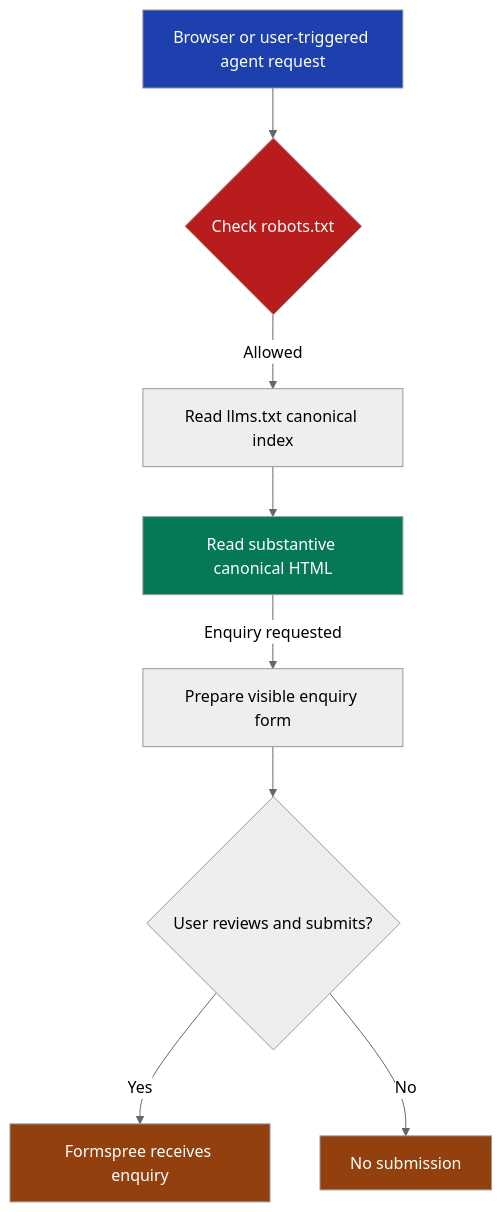
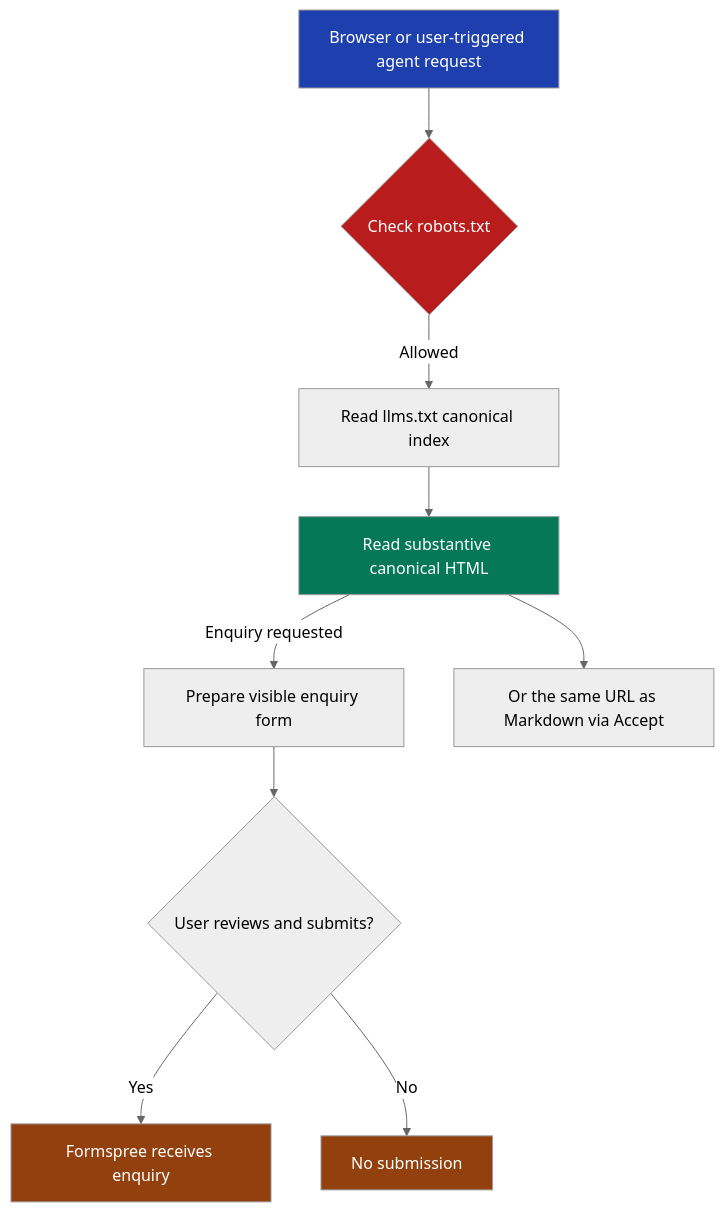
One commit to Culpable/fintrace-root changed the diagram in documents/guides/agent_readiness.md. Above: the diagram before and after it, drawn with Mermaid (neutral theme). The commit also changed other lines of this file and 5 other files, not shown here.

````diff
--- a/documents/guides/agent_readiness.md
+++ b/documents/guides/agent_readiness.md
@@ -56,25 +74,26 @@
 ```mermaid
 flowchart TD
     request["Browser or user-triggered agent request"]
     robots{"Check robots.txt"}
     llms["Read llms.txt canonical index"]
     html["Read substantive canonical HTML"]
     form["Prepare visible enquiry form"]
     review{"User reviews and submits?"}
     formspree["Formspree receives enquiry"]
     stop["No submission"]
 
     request --> robots
     robots -->|"Allowed"| llms
     llms --> html
+    html --> markdown["Or the same URL as Markdown via Accept"]
     html -->|"Enquiry requested"| form
     form --> review
     review -->|"Yes"| formspree
     review -->|"No"| stop
 
     style request fill:#1e40af,color:#ffffff
     style robots fill:#b91c1c,color:#ffffff
     style html fill:#047857,color:#ffffff
     style formspree fill:#92400e,color:#ffffff
     style stop fill:#92400e,color:#ffffff
 ```
````
